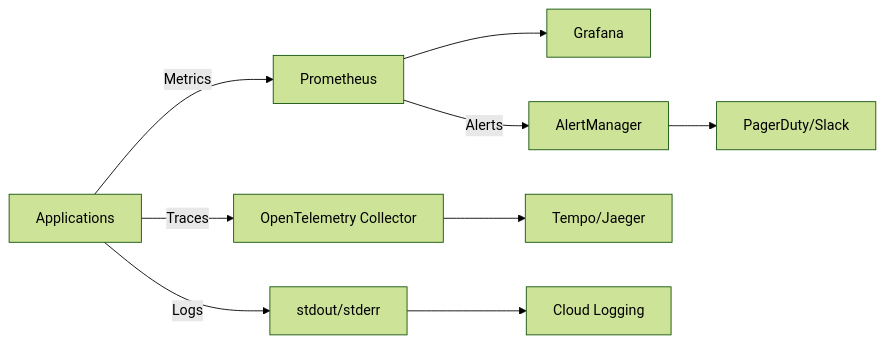
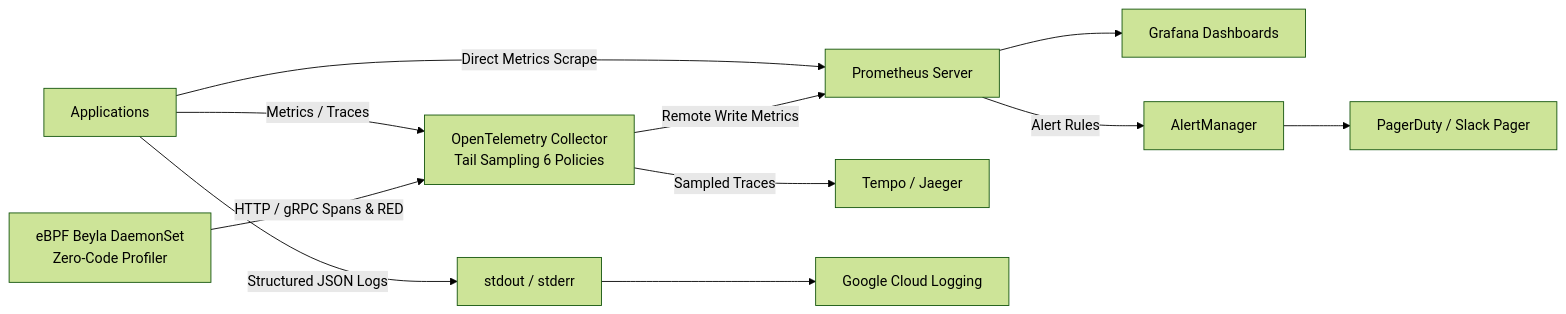
Before and after one commit to sunitakeazycommerz-a11y/InstaCommerce: the seventh of 11 diagrams in docs/architecture/INFRASTRUCTURE.md, drawn with Mermaid (forest theme). The commit also changed other lines of this file and 64 other files, not shown here.

````diff
--- a/docs/architecture/INFRASTRUCTURE.md
+++ b/docs/architecture/INFRASTRUCTURE.md
@@ -738,11 +738,13 @@
 ```mermaid
 graph LR
-    Apps[Applications] -->|Metrics| Prom[Prometheus]
-    Apps -->|Traces| OTel[OpenTelemetry Collector]
-    Apps -->|Logs| Stdout[stdout/stderr]
-    Prom --> Graf[Grafana]
-    OTel --> Tempo[Tempo/Jaeger]
-    Stdout --> CL[Cloud Logging]
-    Prom -->|Alerts| AM[AlertManager]
-    AM --> PD[PagerDuty/Slack]
+    Apps[Applications] -->|Metrics / Traces| OTel[OpenTelemetry Collector<br/>Tail Sampling 6 Policies]
+    Beyla[eBPF Beyla DaemonSet<br/>Zero-Code Profiler] -->|HTTP / gRPC Spans & RED| OTel
+    Apps -->|Direct Metrics Scrape| Prom[Prometheus Server]
+    OTel -->|Sampled Traces| Tempo[Tempo / Jaeger]
+    OTel -->|Remote Write Metrics| Prom
+    Apps -->|Structured JSON Logs| Stdout[stdout / stderr]
+    Stdout --> CL[Google Cloud Logging]
+    Prom --> Graf[Grafana Dashboards]
+    Prom -->|Alert Rules| AM[AlertManager]
+    AM --> PD[PagerDuty / Slack Pager]
 ```
````
